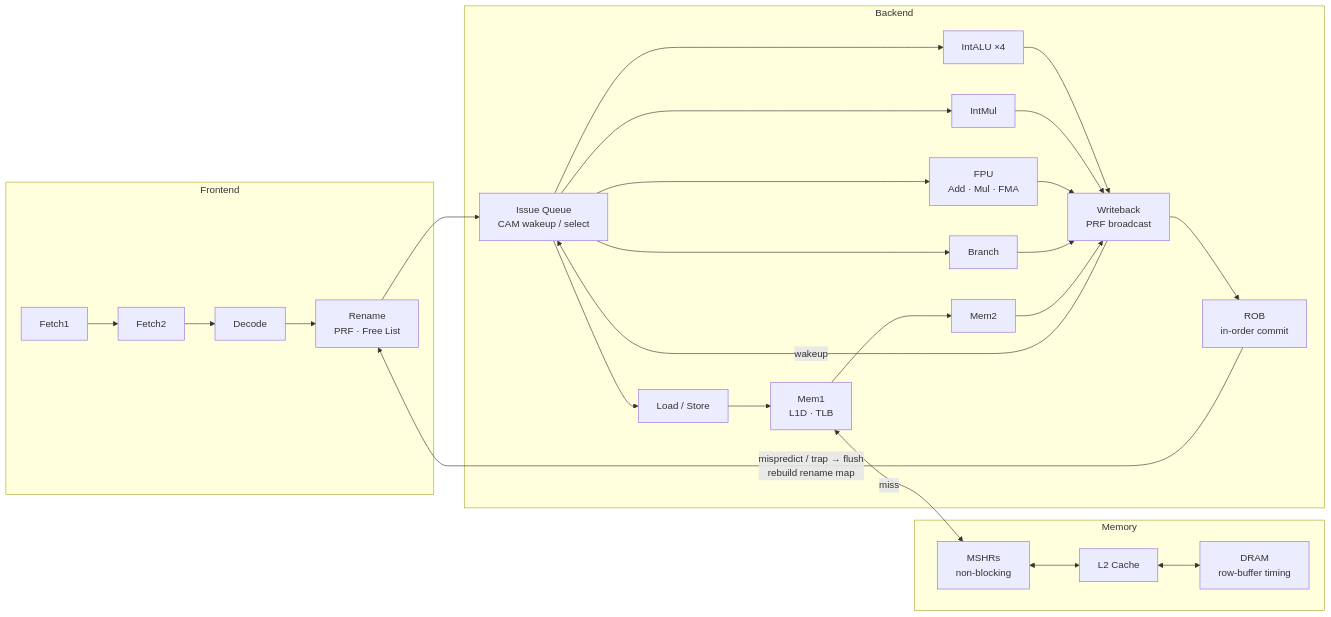
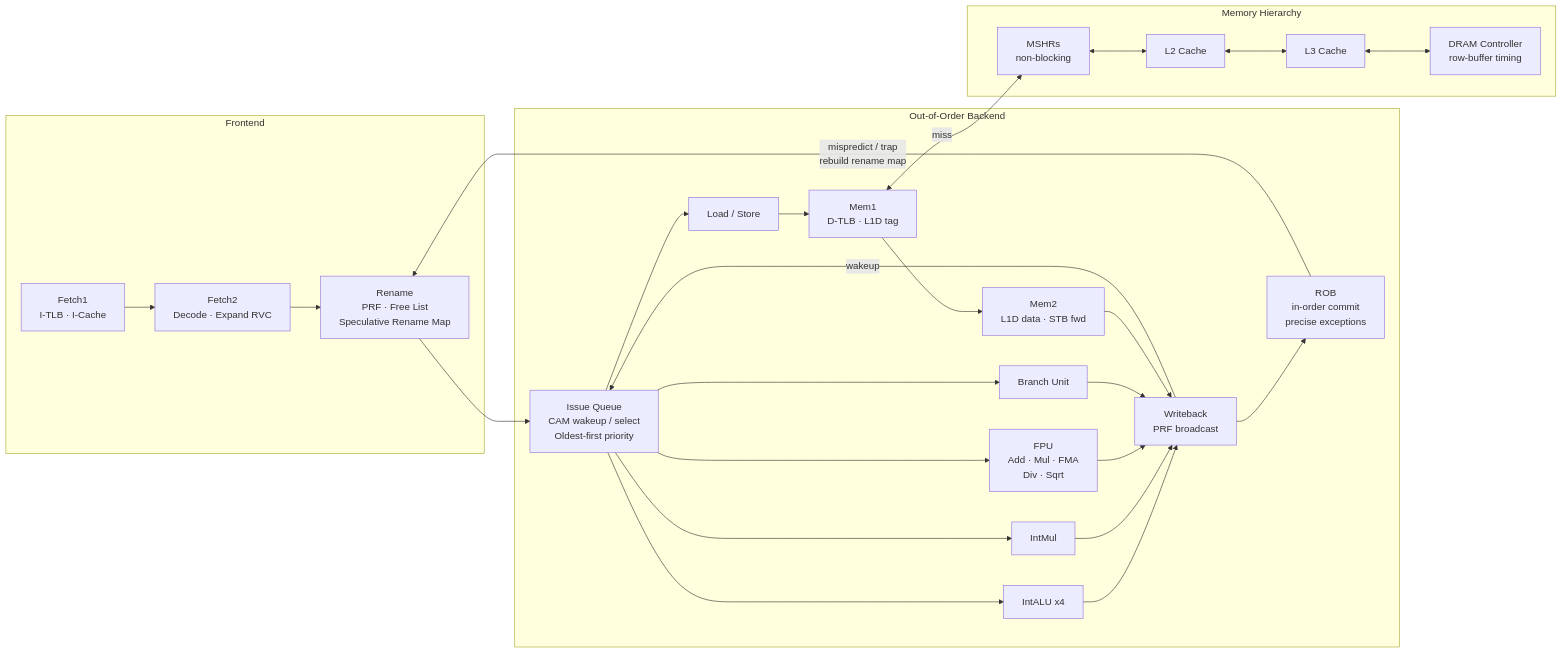
Before and after one commit to willmccallion/rvsim: the first of 3 diagrams in README.md, drawn with Mermaid. The commit also changed other lines of this file and 9 other files, not shown here.

````diff
--- a/README.md
+++ b/README.md
@@ -35,28 +44,28 @@
 ```mermaid
 flowchart LR
     subgraph Frontend
-        F1[Fetch1] --> F2[Fetch2] --> D[Decode] --> RN["Rename<br/>PRF · Free List"]
+        F1["Fetch1<br/>I-TLB · I-Cache"] --> F2["Fetch2<br/>Decode · Expand RVC"] --> RN["Rename<br/>PRF · Free List<br/>Speculative Rename Map"]
     end
 
-    subgraph Backend
-        RN --> IQ["Issue Queue<br/>CAM wakeup / select"]
+    subgraph Backend ["Out-of-Order Backend"]
+        RN --> IQ["Issue Queue<br/>CAM wakeup / select<br/>Oldest-first priority"]
 
-        IQ --> ALU["IntALU ×4"]
+        IQ --> ALU["IntALU x4"]
         IQ --> MUL["IntMul"]
-        IQ --> FPU["FPU<br/>Add · Mul · FMA"]
-        IQ --> BRU["Branch"]
+        IQ --> FPU["FPU<br/>Add · Mul · FMA<br/>Div · Sqrt"]
+        IQ --> BRU["Branch Unit"]
         IQ --> LSU["Load / Store"]
 
         ALU & MUL & FPU & BRU --> WB["Writeback<br/>PRF broadcast"]
-        LSU --> M1["Mem1<br/>L1D · TLB"] --> M2[Mem2] --> WB
+        LSU --> M1["Mem1<br/>D-TLB · L1D tag"] --> M2["Mem2<br/>L1D data · STB fwd"] --> WB
 
         WB -->|wakeup| IQ
-        WB --> ROB["ROB<br/>in-order commit"]
-        ROB -->|"mispredict / trap → flush<br/>rebuild rename map"| RN
+        WB --> ROB["ROB<br/>in-order commit<br/>precise exceptions"]
+        ROB -->|"mispredict / trap<br/>rebuild rename map"| RN
     end
 
-    subgraph Memory
+    subgraph Memory ["Memory Hierarchy"]
         M1 <-->|miss| MSHR["MSHRs<br/>non-blocking"]
-        MSHR <--> L2[L2 Cache] <--> DRAM["DRAM<br/>row-buffer timing"]
+        MSHR <--> L2["L2 Cache"] <--> L3["L3 Cache"] <--> DRAM["DRAM Controller<br/>row-buffer timing"]
     end
 ```
````
